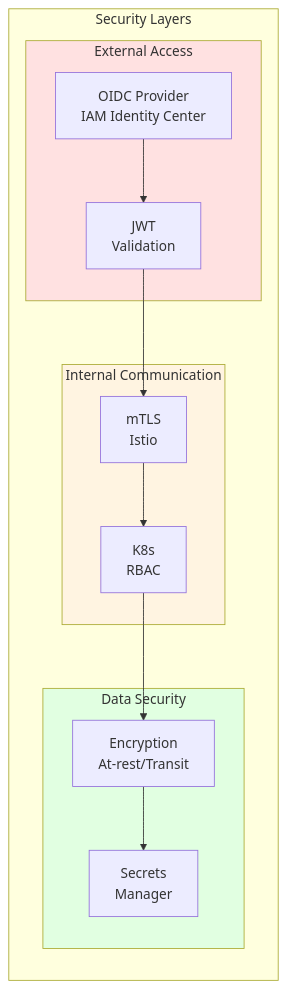
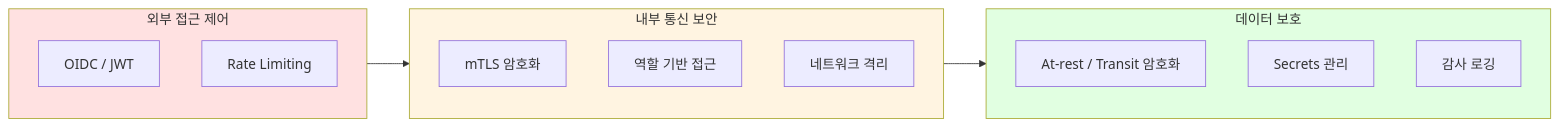
One commit to devfloor9/engineering-playbook changed the fourth of 5 diagrams in i18n/en/docusaurus-plugin-content-docs/current/agentic-ai-platform/design-architecture/agentic-platform-architecture.md. Above: the diagram before and after it, drawn with Mermaid. The commit also changed other lines of this file and 23 other files, not shown here.

````diff
--- a/i18n/en/docusaurus-plugin-content-docs/current/agentic-ai-platform/design-architecture/agentic-platform-architecture.md
+++ b/i18n/en/docusaurus-plugin-content-docs/current/agentic-ai-platform/design-architecture/agentic-platform-architecture.md
@@ -853,29 +255,25 @@
 ```mermaid
 flowchart LR
-    subgraph Security["Security Layers"]
-        subgraph External["External Access"]
-            OIDC["OIDC Provider<br/>IAM Identity Center"]
-            JWT["JWT<br/>Validation"]
-        end
-
-        subgraph Internal["Internal Communication"]
-            MTLS["mTLS<br/>Istio"]
-            RBAC["K8s<br/>RBAC"]
-        end
-
-        subgraph Data["Data Security"]
-            ENCRYPT["Encryption<br/>At-rest/Transit"]
-            SECRETS["Secrets<br/>Manager"]
-        end
+    subgraph L1["외부 접근 제어"]
+        OIDC["OIDC / JWT"]
+        RATE["Rate Limiting"]
     end
 
-    OIDC --> JWT
-    JWT --> MTLS
-    MTLS --> RBAC
-    RBAC --> ENCRYPT
-    ENCRYPT --> SECRETS
+    subgraph L2["내부 통신 보안"]
+        MTLS["mTLS 암호화"]
+        RBAC["역할 기반 접근"]
+        NETPOL["네트워크 격리"]
+    end
 
-    style External fill:#ffe1e1
-    style Internal fill:#fff4e1
-    style Data fill:#e1ffe1
+    subgraph L3["데이터 보호"]
+        ENCRYPT["At-rest / Transit 암호화"]
+        SECRETS["Secrets 관리"]
+        AUDIT["감사 로깅"]
+    end
+
+    L1 --> L2 --> L3
+
+    style L1 fill:#ffe1e1
+    style L2 fill:#fff4e1
+    style L3 fill:#e1ffe1
 ```
````
